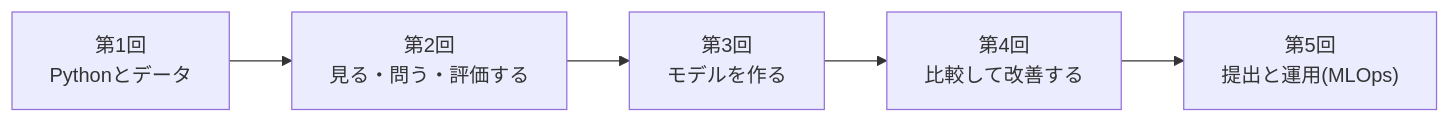
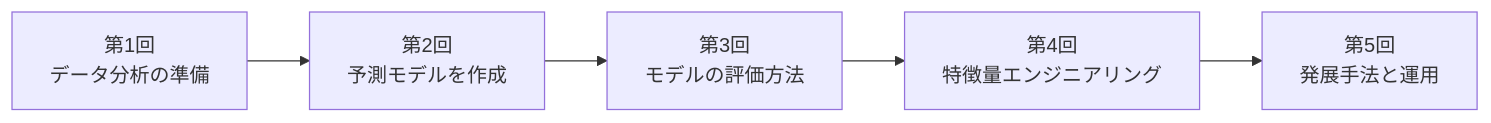
Before and after one commit to kazu-dota/data-science-study-group: the first of 3 diagrams in docs/course-plan.md, drawn with Mermaid. The commit also changed other lines of this file and 32 other files, not shown here.

````diff
--- a/docs/course-plan.md
+++ b/docs/course-plan.md
@@ -27,7 +27,7 @@
 ```mermaid
 flowchart LR
-    A["第1回<br/>Pythonとデータ"] --> B["第2回<br/>見る・問う・評価する"]
-    B --> C["第3回<br/>モデルを作る"]
-    C --> D["第4回<br/>比較して改善する"]
-    D --> E["第5回<br/>提出と運用(MLOps)"]
+    A["第1回<br/>データ分析の準備"] --> B["第2回<br/>予測モデルを作成"]
+    B --> C["第3回<br/>モデルの評価方法"]
+    C --> D["第4回<br/>特徴量エンジニアリング"]
+    D --> E["第5回<br/>発展手法と運用"]
 ```
````
